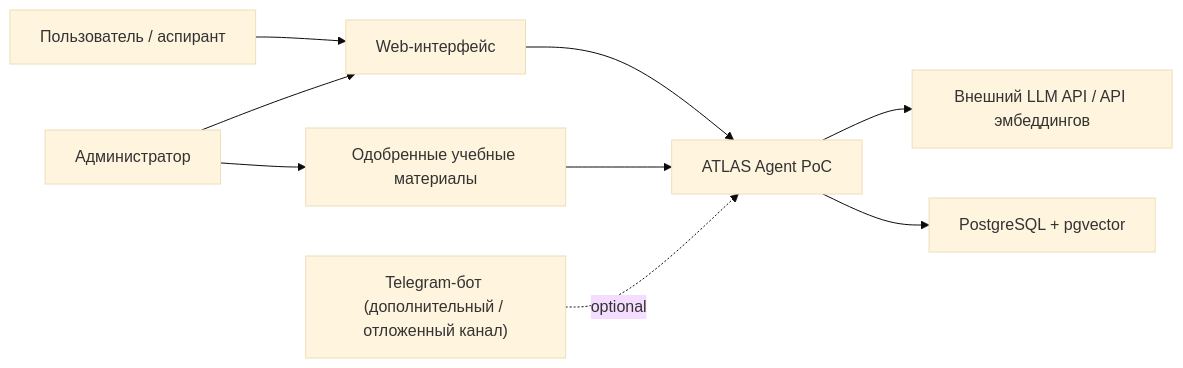
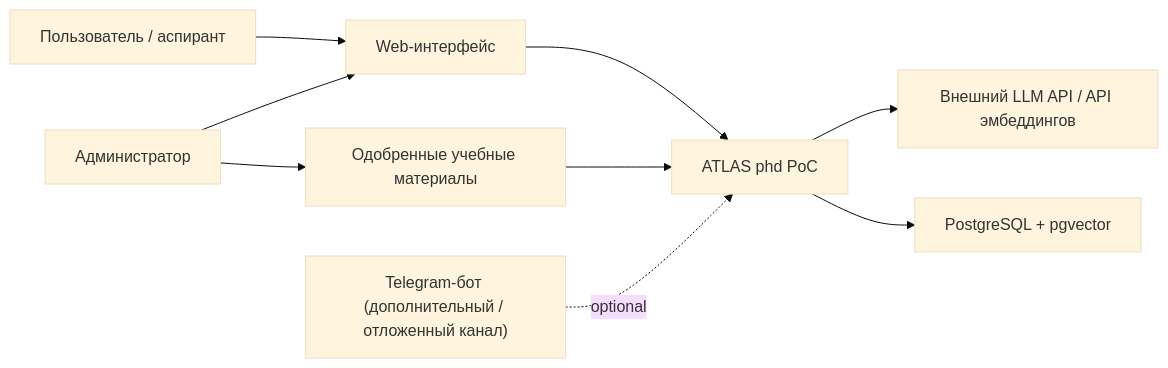
The diagram in docs/diagrams/c4-context.md (dmagog/ATLAS-phd), drawn with Mermaid (base theme) before and after one commit. The commit also changed other lines of this file and 10 other files, not shown here.

````diff
--- a/docs/diagrams/c4-context.md
+++ b/docs/diagrams/c4-context.md
@@ -7,11 +7,11 @@
 ```mermaid
 flowchart LR
     user["Пользователь / аспирант"] --> web["Web-интерфейс"]
     admin["Администратор"] --> web
-    web --> atlas["ATLAS Agent PoC"]
+    web --> atlas["ATLAS phd PoC"]
     atlas --> llm["Внешний LLM API / API эмбеддингов"]
     atlas --> db["PostgreSQL + pgvector"]
     admin --> corpus["Одобренные учебные материалы"]
     corpus --> atlas
     telegram["Telegram-бот (дополнительный / отложенный канал)"] -. optional .-> atlas
 ```
````
